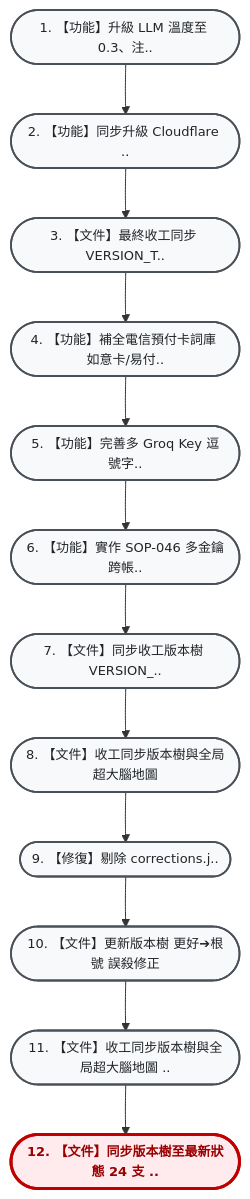
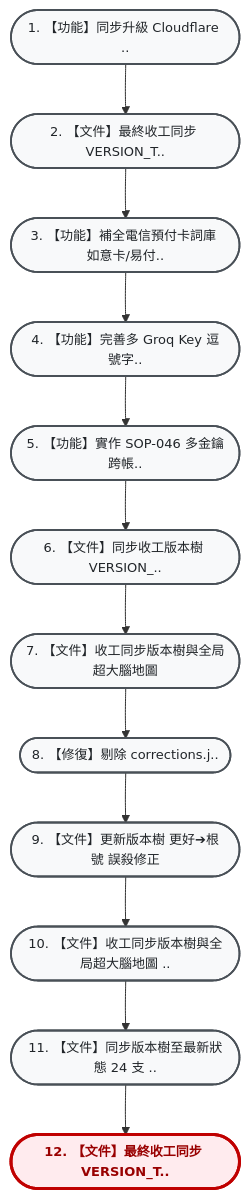
The diagram in VERSION_TREE.md (hjen8/NoType-Scribe), drawn with Mermaid before and after one commit. The commit also changed other lines of this file, not shown here.

Commit message:
【文件】收工封裝完成 VERSION_TREE (HEAD -> 2516eea)

````diff
--- a/VERSION_TREE.md
+++ b/VERSION_TREE.md
@@ -13,32 +13,32 @@
 ```mermaid
 flowchart TD
     %% 雙壁版本樹專用視覺化配色風格 (由上而下 TD 垂直大字純中文版)
     classDef default fill:#f8f9fa,stroke:#495057,stroke-width:1.8px,color:#212529,font-size:13px;
     classDef current fill:#ffebee,stroke:#c00000,stroke-width:3px,color:#900,font-weight:bold,font-size:13px;
     classDef mergeNode fill:#e3f2fd,stroke:#1565c0,stroke-width:2px,color:#0d47a1,font-size:13px;
     classDef detour fill:#fff3e0,stroke:#e65100,stroke-width:2px,color:#b78103,font-size:13px;
     classDef transplant fill:#f3e5f5,stroke:#4a148c,stroke-width:2.5px,color:#4a148c,font-weight:bold,font-size:13px;
-    n_d768dea(["1. 【功能】升級 LLM 溫度至 0.3、注.."]):::default
-    n_3c6dba7(["2. 【功能】同步升級 Cloudflare .."]):::default
-    n_bbc9770(["3. 【文件】最終收工同步 VERSION_T.."]):::default
-    n_7440da6(["4. 【功能】補全電信預付卡詞庫 如意卡/易付.."]):::default
-    n_4cc62de(["5. 【功能】完善多 Groq Key 逗號字.."]):::default
-    n_7373595(["6. 【功能】實作 SOP-046 多金鑰跨帳.."]):::default
-    n_c38586c(["7. 【文件】同步收工版本樹 VERSION_.."]):::default
-    n_bc83599(["8. 【文件】收工同步版本樹與全局超大腦地圖"]):::default
-    n_209af02(["9. 【修復】剔除 corrections.j.."]):::default
-    n_dc9d613(["10. 【文件】更新版本樹 更好➔根號 誤殺修正"]):::default
-    n_297e9ec(["11. 【文件】收工同步版本樹與全局超大腦地圖 .."]):::default
-    n_a3811e6(["12. 【文件】同步版本樹至最新狀態 24 支 .."]):::current
-    n_d768dea --> n_3c6dba7
+    n_3c6dba7(["1. 【功能】同步升級 Cloudflare .."]):::default
+    n_bbc9770(["2. 【文件】最終收工同步 VERSION_T.."]):::default
+    n_7440da6(["3. 【功能】補全電信預付卡詞庫 如意卡/易付.."]):::default
+    n_4cc62de(["4. 【功能】完善多 Groq Key 逗號字.."]):::default
+    n_7373595(["5. 【功能】實作 SOP-046 多金鑰跨帳.."]):::default
+    n_c38586c(["6. 【文件】同步收工版本樹 VERSION_.."]):::default
+    n_bc83599(["7. 【文件】收工同步版本樹與全局超大腦地圖"]):::default
+    n_209af02(["8. 【修復】剔除 corrections.j.."]):::default
+    n_dc9d613(["9. 【文件】更新版本樹 更好➔根號 誤殺修正"]):::default
+    n_297e9ec(["10. 【文件】收工同步版本樹與全局超大腦地圖 .."]):::default
+    n_a3811e6(["11. 【文件】同步版本樹至最新狀態 24 支 .."]):::default
+    n_2516eea(["12. 【文件】最終收工同步 VERSION_T.."]):::current
     n_3c6dba7 --> n_bbc9770
     n_bbc9770 --> n_7440da6
     n_7440da6 --> n_4cc62de
     n_4cc62de --> n_7373595
     n_7373595 --> n_c38586c
     n_c38586c --> n_bc83599
     n_bc83599 --> n_209af02
     n_209af02 --> n_dc9d613
     n_dc9d613 --> n_297e9ec
     n_297e9ec --> n_a3811e6
+    n_a3811e6 --> n_2516eea
 ```
````
